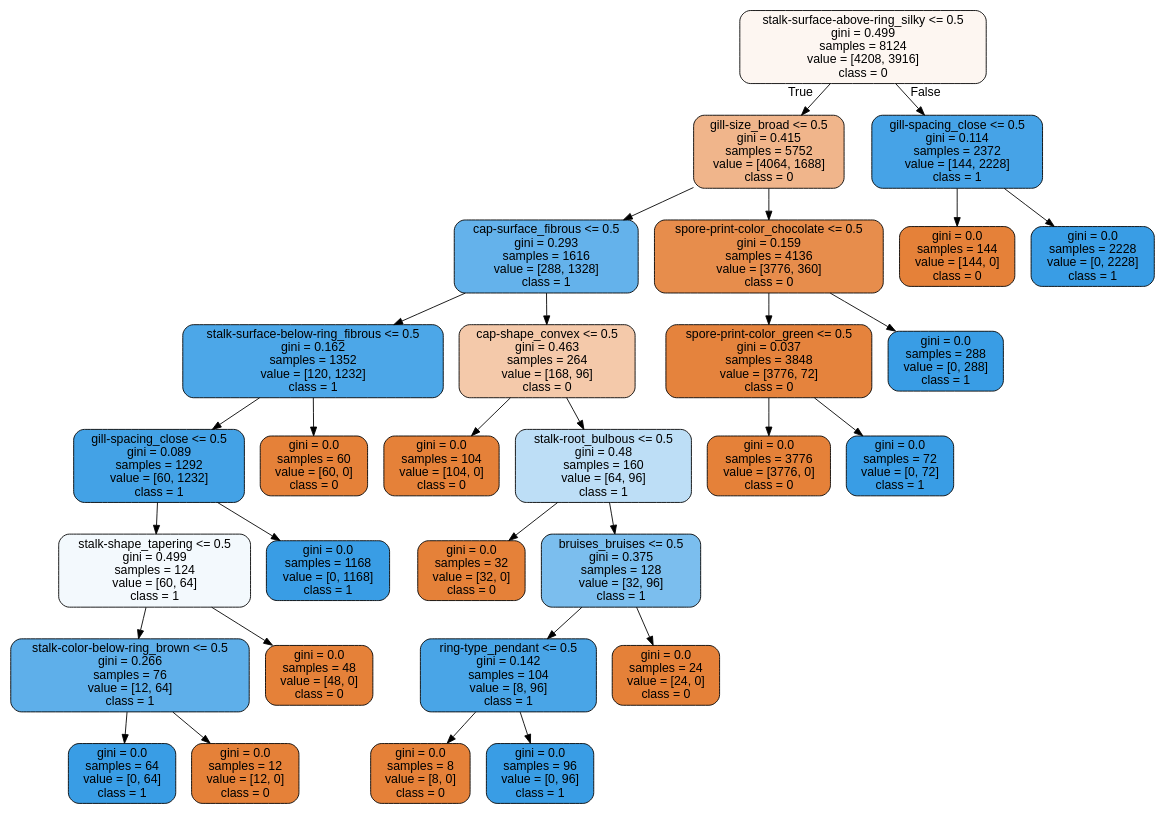
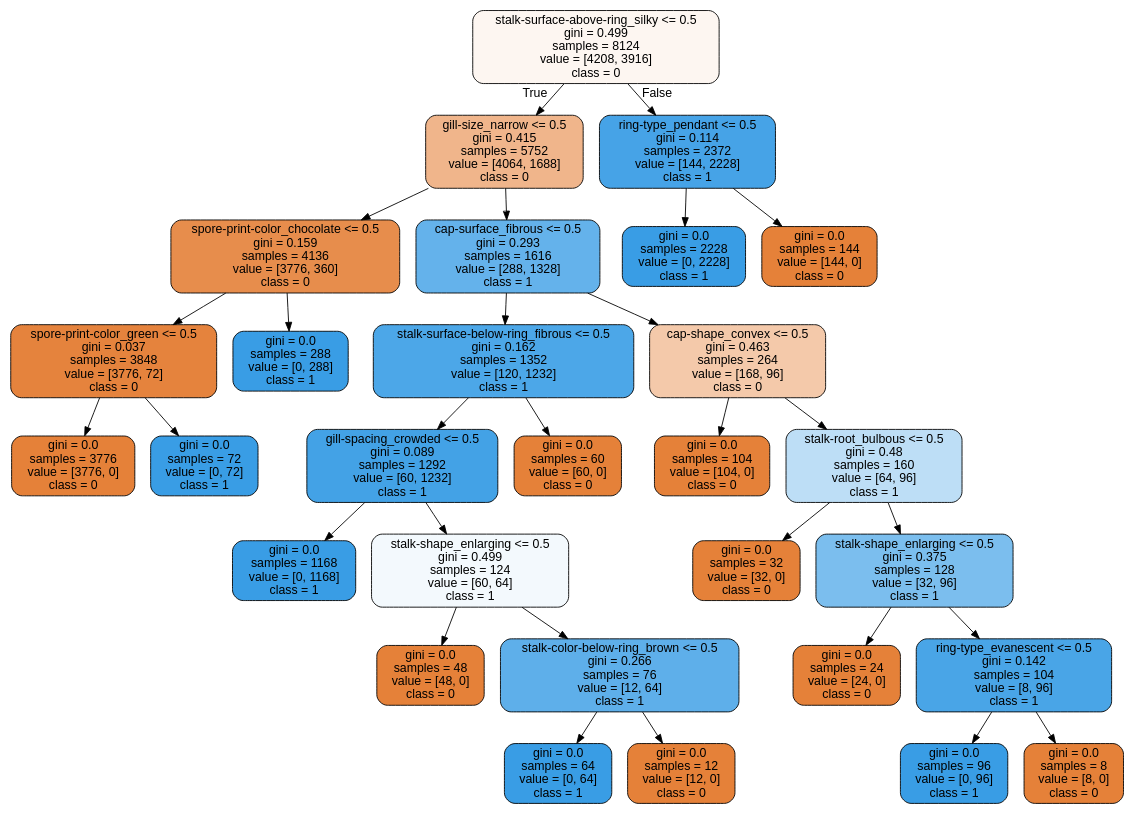
Before and after one commit to Tharindakarawita/Machine-Learning-Repository: the diagram in Mushroom dataset/Learning_modle_only_used_with_Visualization/Visualization_Poison_recommender.dot, drawn with Graphviz. The commit also changed 2 other files, not shown here.

```diff
--- a/Mushroom dataset/Learning_modle_only_used_with_Visualization/Visualization_Poison_recommender.dot
+++ b/Mushroom dataset/Learning_modle_only_used_with_Visualization/Visualization_Poison_recommender.dot
@@ -1,61 +1,61 @@
 digraph Tree {
 node [shape=box, style="filled, rounded", color="black", fontname="helvetica"] ;
 edge [fontname="helvetica"] ;
 0 [label="stalk-surface-above-ring_silky <= 0.5\ngini = 0.499\nsamples = 8124\nvalue = [4208, 3916]\nclass = 0", fillcolor="#fdf6f1"] ;
-1 [label="gill-size_broad <= 0.5\ngini = 0.415\nsamples = 5752\nvalue = [4064, 1688]\nclass = 0", fillcolor="#f0b58b"] ;
+1 [label="gill-size_narrow <= 0.5\ngini = 0.415\nsamples = 5752\nvalue = [4064, 1688]\nclass = 0", fillcolor="#f0b58b"] ;
 0 -> 1 [labeldistance=2.5, labelangle=45, headlabel="True"] ;
-2 [label="cap-surface_fibrous <= 0.5\ngini = 0.293\nsamples = 1616\nvalue = [288, 1328]\nclass = 1", fillcolor="#64b2eb"] ;
+2 [label="spore-print-color_chocolate <= 0.5\ngini = 0.159\nsamples = 4136\nvalue = [3776, 360]\nclass = 0", fillcolor="#e78d4c"] ;
 1 -> 2 ;
-3 [label="stalk-surface-below-ring_fibrous <= 0.5\ngini = 0.162\nsamples = 1352\nvalue = [120, 1232]\nclass = 1", fillcolor="#4ca7e8"] ;
+3 [label="spore-print-color_green <= 0.5\ngini = 0.037\nsamples = 3848\nvalue = [3776, 72]\nclass = 0", fillcolor="#e5833d"] ;
 2 -> 3 ;
-4 [label="gill-spacing_close <= 0.5\ngini = 0.089\nsamples = 1292\nvalue = [60, 1232]\nclass = 1", fillcolor="#43a2e6"] ;
+4 [label="gini = 0.0\nsamples = 3776\nvalue = [3776, 0]\nclass = 0", fillcolor="#e58139"] ;
 3 -> 4 ;
-5 [label="stalk-shape_tapering <= 0.5\ngini = 0.499\nsamples = 124\nvalue = [60, 64]\nclass = 1", fillcolor="#f3f9fd"] ;
-4 -> 5 ;
-6 [label="stalk-color-below-ring_brown <= 0.5\ngini = 0.266\nsamples = 76\nvalue = [12, 64]\nclass = 1", fillcolor="#5eafea"] ;
-5 -> 6 ;
-7 [label="gini = 0.0\nsamples = 64\nvalue = [0, 64]\nclass = 1", fillcolor="#399de5"] ;
-6 -> 7 ;
-8 [label="gini = 0.0\nsamples = 12\nvalue = [12, 0]\nclass = 0", fillcolor="#e58139"] ;
-6 -> 8 ;
-9 [label="gini = 0.0\nsamples = 48\nvalue = [48, 0]\nclass = 0", fillcolor="#e58139"] ;
-5 -> 9 ;
+5 [label="gini = 0.0\nsamples = 72\nvalue = [0, 72]\nclass = 1", fillcolor="#399de5"] ;
+3 -> 5 ;
+6 [label="gini = 0.0\nsamples = 288\nvalue = [0, 288]\nclass = 1", fillcolor="#399de5"] ;
+2 -> 6 ;
+7 [label="cap-surface_fibrous <= 0.5\ngini = 0.293\nsamples = 1616\nvalue = [288, 1328]\nclass = 1", fillcolor="#64b2eb"] ;
+1 -> 7 ;
+8 [label="stalk-surface-below-ring_fibrous <= 0.5\ngini = 0.162\nsamples = 1352\nvalue = [120, 1232]\nclass = 1", fillcolor="#4ca7e8"] ;
+7 -> 8 ;
+9 [label="gill-spacing_crowded <= 0.5\ngini = 0.089\nsamples = 1292\nvalue = [60, 1232]\nclass = 1", fillcolor="#43a2e6"] ;
+8 -> 9 ;
 10 [label="gini = 0.0\nsamples = 1168\nvalue = [0, 1168]\nclass = 1", fillcolor="#399de5"] ;
-4 -> 10 ;
-11 [label="gini = 0.0\nsamples = 60\nvalue = [60, 0]\nclass = 0", fillcolor="#e58139"] ;
-3 -> 11 ;
-12 [label="cap-shape_convex <= 0.5\ngini = 0.463\nsamples = 264\nvalue = [168, 96]\nclass = 0", fillcolor="#f4c9aa"] ;
-2 -> 12 ;
-13 [label="gini = 0.0\nsamples = 104\nvalue = [104, 0]\nclass = 0", fillcolor="#e58139"] ;
-12 -> 13 ;
-14 [label="stalk-root_bulbous <= 0.5\ngini = 0.48\nsamples = 160\nvalue = [64, 96]\nclass = 1", fillcolor="#bddef6"] ;
-12 -> 14 ;
-15 [label="gini = 0.0\nsamples = 32\nvalue = [32, 0]\nclass = 0", fillcolor="#e58139"] ;
-14 -> 15 ;
-16 [label="bruises_bruises <= 0.5\ngini = 0.375\nsamples = 128\nvalue = [32, 96]\nclass = 1", fillcolor="#7bbeee"] ;
-14 -> 16 ;
-17 [label="ring-type_pendant <= 0.5\ngini = 0.142\nsamples = 104\nvalue = [8, 96]\nclass = 1", fillcolor="#49a5e7"] ;
-16 -> 17 ;
-18 [label="gini = 0.0\nsamples = 8\nvalue = [8, 0]\nclass = 0", fillcolor="#e58139"] ;
+9 -> 10 ;
+11 [label="stalk-shape_enlarging <= 0.5\ngini = 0.499\nsamples = 124\nvalue = [60, 64]\nclass = 1", fillcolor="#f3f9fd"] ;
+9 -> 11 ;
+12 [label="gini = 0.0\nsamples = 48\nvalue = [48, 0]\nclass = 0", fillcolor="#e58139"] ;
+11 -> 12 ;
+13 [label="stalk-color-below-ring_brown <= 0.5\ngini = 0.266\nsamples = 76\nvalue = [12, 64]\nclass = 1", fillcolor="#5eafea"] ;
+11 -> 13 ;
+14 [label="gini = 0.0\nsamples = 64\nvalue = [0, 64]\nclass = 1", fillcolor="#399de5"] ;
+13 -> 14 ;
+15 [label="gini = 0.0\nsamples = 12\nvalue = [12, 0]\nclass = 0", fillcolor="#e58139"] ;
+13 -> 15 ;
+16 [label="gini = 0.0\nsamples = 60\nvalue = [60, 0]\nclass = 0", fillcolor="#e58139"] ;
+8 -> 16 ;
+17 [label="cap-shape_convex <= 0.5\ngini = 0.463\nsamples = 264\nvalue = [168, 96]\nclass = 0", fillcolor="#f4c9aa"] ;
+7 -> 17 ;
+18 [label="gini = 0.0\nsamples = 104\nvalue = [104, 0]\nclass = 0", fillcolor="#e58139"] ;
 17 -> 18 ;
-19 [label="gini = 0.0\nsamples = 96\nvalue = [0, 96]\nclass = 1", fillcolor="#399de5"] ;
+19 [label="stalk-root_bulbous <= 0.5\ngini = 0.48\nsamples = 160\nvalue = [64, 96]\nclass = 1", fillcolor="#bddef6"] ;
 17 -> 19 ;
-20 [label="gini = 0.0\nsamples = 24\nvalue = [24, 0]\nclass = 0", fillcolor="#e58139"] ;
-16 -> 20 ;
-21 [label="spore-print-color_chocolate <= 0.5\ngini = 0.159\nsamples = 4136\nvalue = [3776, 360]\nclass = 0", fillcolor="#e78d4c"] ;
-1 -> 21 ;
-22 [label="spore-print-color_green <= 0.5\ngini = 0.037\nsamples = 3848\nvalue = [3776, 72]\nclass = 0", fillcolor="#e5833d"] ;
+20 [label="gini = 0.0\nsamples = 32\nvalue = [32, 0]\nclass = 0", fillcolor="#e58139"] ;
+19 -> 20 ;
+21 [label="stalk-shape_enlarging <= 0.5\ngini = 0.375\nsamples = 128\nvalue = [32, 96]\nclass = 1", fillcolor="#7bbeee"] ;
+19 -> 21 ;
+22 [label="gini = 0.0\nsamples = 24\nvalue = [24, 0]\nclass = 0", fillcolor="#e58139"] ;
 21 -> 22 ;
-23 [label="gini = 0.0\nsamples = 3776\nvalue = [3776, 0]\nclass = 0", fillcolor="#e58139"] ;
-22 -> 23 ;
-24 [label="gini = 0.0\nsamples = 72\nvalue = [0, 72]\nclass = 1", fillcolor="#399de5"] ;
-22 -> 24 ;
-25 [label="gini = 0.0\nsamples = 288\nvalue = [0, 288]\nclass = 1", fillcolor="#399de5"] ;
-21 -> 25 ;
-26 [label="gill-spacing_close <= 0.5\ngini = 0.114\nsamples = 2372\nvalue = [144, 2228]\nclass = 1", fillcolor="#46a3e7"] ;
+23 [label="ring-type_evanescent <= 0.5\ngini = 0.142\nsamples = 104\nvalue = [8, 96]\nclass = 1", fillcolor="#49a5e7"] ;
+21 -> 23 ;
+24 [label="gini = 0.0\nsamples = 96\nvalue = [0, 96]\nclass = 1", fillcolor="#399de5"] ;
+23 -> 24 ;
+25 [label="gini = 0.0\nsamples = 8\nvalue = [8, 0]\nclass = 0", fillcolor="#e58139"] ;
+23 -> 25 ;
+26 [label="ring-type_pendant <= 0.5\ngini = 0.114\nsamples = 2372\nvalue = [144, 2228]\nclass = 1", fillcolor="#46a3e7"] ;
 0 -> 26 [labeldistance=2.5, labelangle=-45, headlabel="False"] ;
-27 [label="gini = 0.0\nsamples = 144\nvalue = [144, 0]\nclass = 0", fillcolor="#e58139"] ;
+27 [label="gini = 0.0\nsamples = 2228\nvalue = [0, 2228]\nclass = 1", fillcolor="#399de5"] ;
 26 -> 27 ;
-28 [label="gini = 0.0\nsamples = 2228\nvalue = [0, 2228]\nclass = 1", fillcolor="#399de5"] ;
+28 [label="gini = 0.0\nsamples = 144\nvalue = [144, 0]\nclass = 0", fillcolor="#e58139"] ;
 26 -> 28 ;
 }
```
